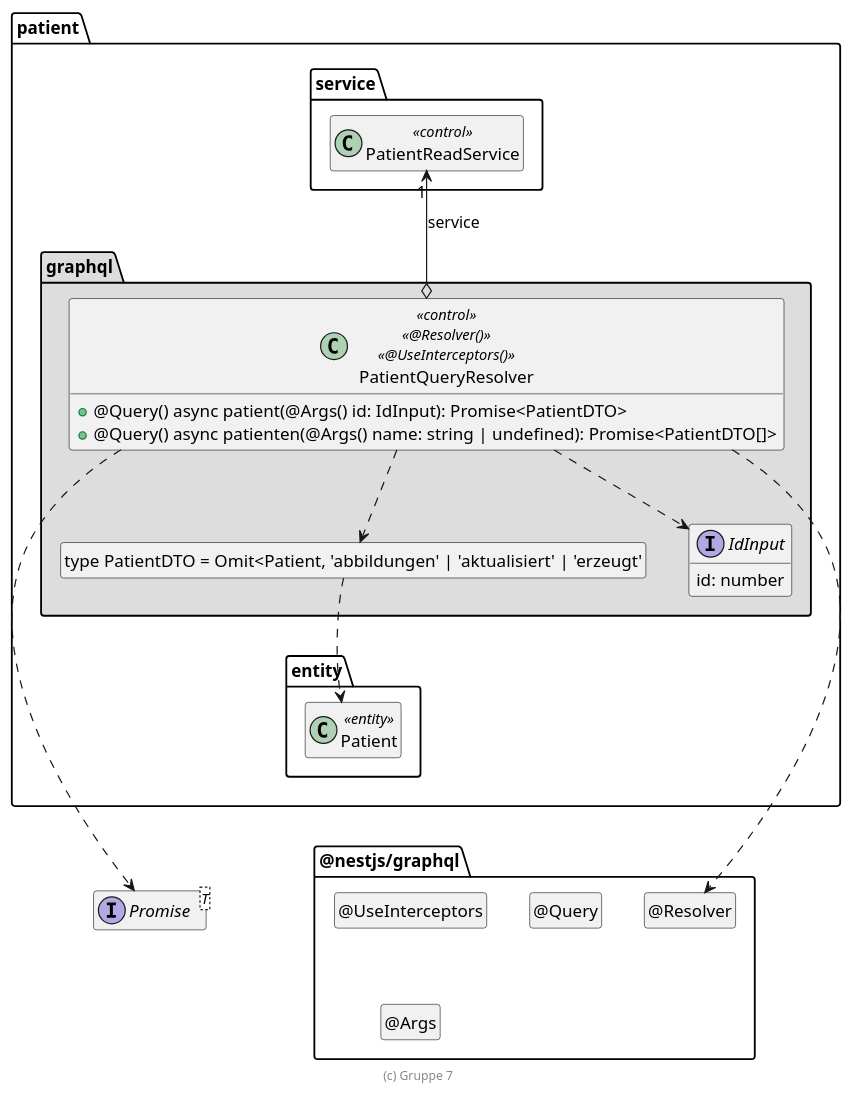
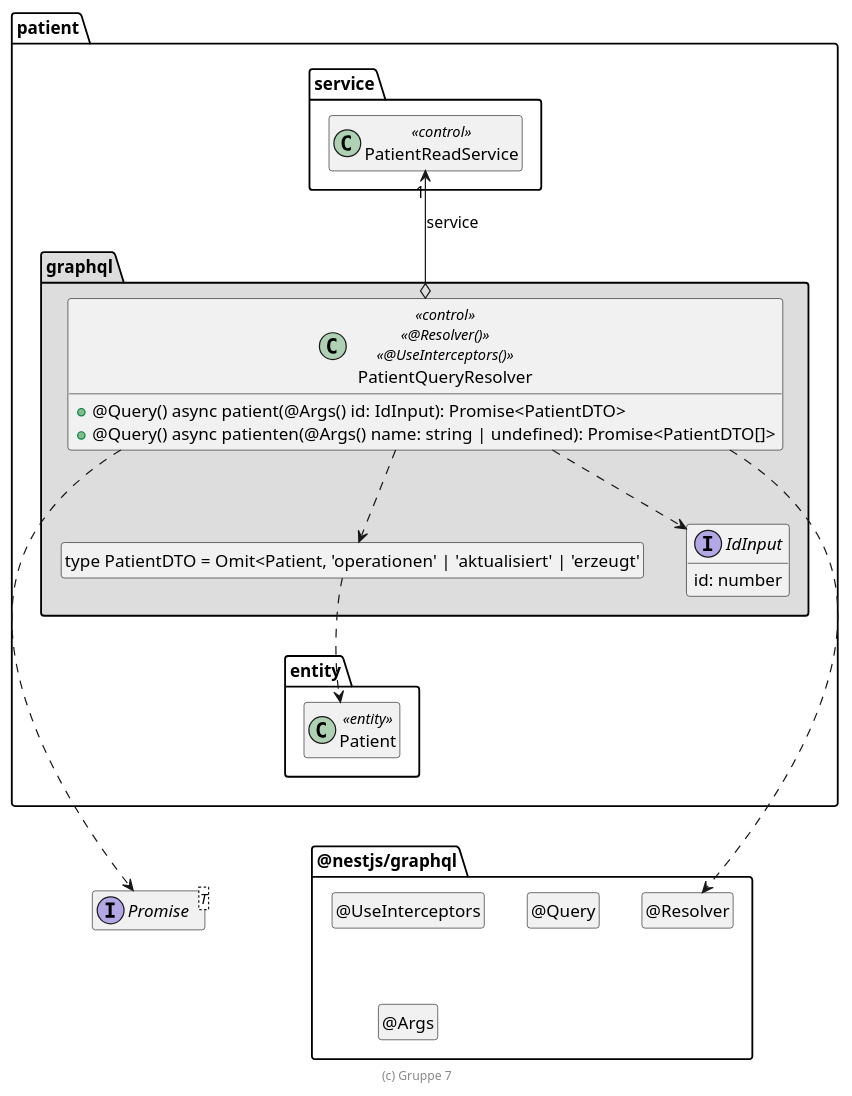
The diagram in .extras/doc/entwicklerhandbuch/PatientQueryResolver.plantuml (dithienphan/patient), drawn with PlantUML before and after one commit. The commit also changed 2 other files, not shown here.

```diff
--- a/.extras/doc/entwicklerhandbuch/PatientQueryResolver.plantuml
+++ b/.extras/doc/entwicklerhandbuch/PatientQueryResolver.plantuml
@@ -3,63 +3,63 @@
 @startuml Controller-Klasse
 
 interface Promise<T>
 
 package @nestjs/graphql {
   class "@Resolver" as Resolver
   hide Resolver circle
 
   class "@UseInterceptors" as UseInterceptors
   hide UseInterceptors circle
 
   class "@Query" as Query
   hide Query circle
 
   class "@Args" as Args
   hide Args circle
 
   Resolver .left[hidden].> Promise
 }
 
 package patient {
   package entity {
     class Patient <<entity>>
   }
 
   package service {
     class PatientReadService << control >>
   }
 
   package graphql #DDDDDD {
-    class "type PatientDTO = Omit<Patient, 'abbildungen' | 'aktualisiert' | 'erzeugt'" as PatientDTO
+    class "type PatientDTO = Omit<Patient, 'operationen' | 'aktualisiert' | 'erzeugt'" as PatientDTO
     hide PatientDTO circle
 
     interface IdInput {
         id: number
     }
 
     class PatientQueryResolver << control >> << @Resolver() >> << @UseInterceptors() >> {
       + @Query() async patient(@Args() id: IdInput): Promise<PatientDTO>
       + @Query() async patienten(@Args() name: string | undefined): Promise<PatientDTO[]>
     }
 
     PatientQueryResolver o-up-> "1" PatientReadService : service
     PatientQueryResolver ..> PatientDTO
     PatientQueryResolver ..> IdInput
     PatientDTO ..> Patient
     PatientQueryResolver ..> Resolver
 
     PatientQueryResolver ..> Promise
 
     PatientDTO .[hidden].> Patient
     Patient .[hidden].> Promise
     PatientReadService .[hidden].> Promise
     Patient .[hidden].> Resolver
     PatientReadService .[hidden].> Resolver
   }
 }
 
 hide empty members
 
 footer (c) Gruppe 7
 
 @enduml
```
